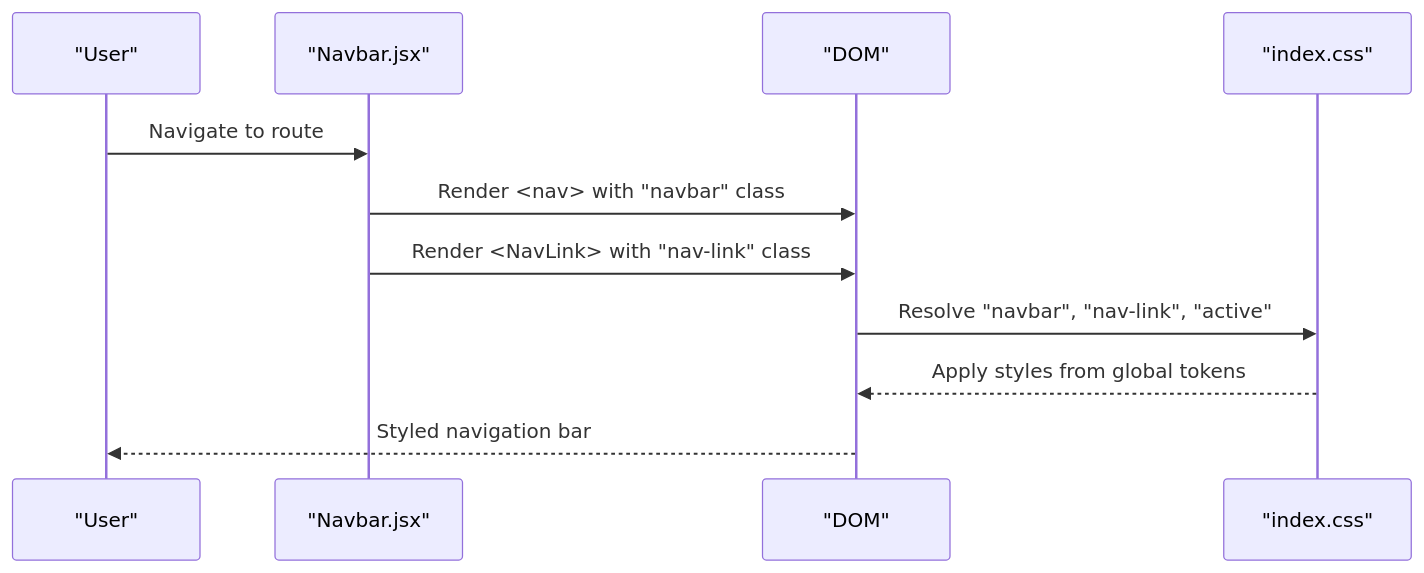
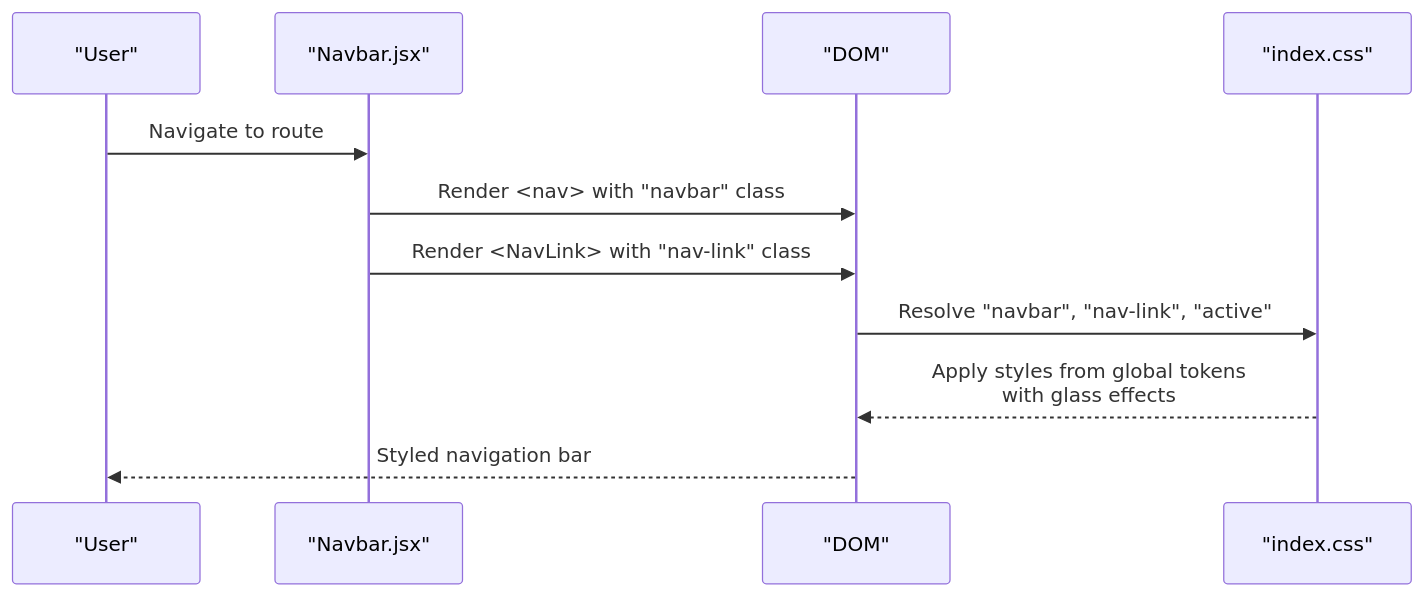
Before and after one commit to ishwarambare/ishwarambare-app: the seventh of 11 diagrams in .qoder/repowiki/en/content/Frontend Architecture/Styling Architecture.md, drawn with Mermaid. The commit also changed other lines of this file and 10 other files, not shown here.

````diff
--- a/.qoder/repowiki/en/content/Frontend Architecture/Styling Architecture.md
+++ b/.qoder/repowiki/en/content/Frontend Architecture/Styling Architecture.md
@@ -243,13 +307,13 @@
 ```mermaid
 sequenceDiagram
 participant U as "User"
 participant N as "Navbar.jsx"
 participant DOM as "DOM"
 participant CSS as "index.css"
 U->>N : Navigate to route
 N->>DOM : Render <nav> with "navbar" class
 N->>DOM : Render <NavLink> with "nav-link" class
 DOM->>CSS : Resolve "navbar", "nav-link", "active"
-CSS-->>DOM : Apply styles from global tokens
+CSS-->>DOM : Apply styles from global tokens<br/>with glass effects
 DOM-->>U : Styled navigation bar
 ```
````
